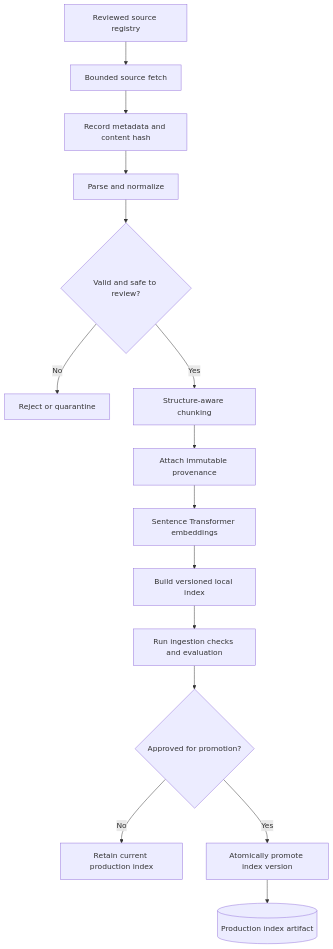
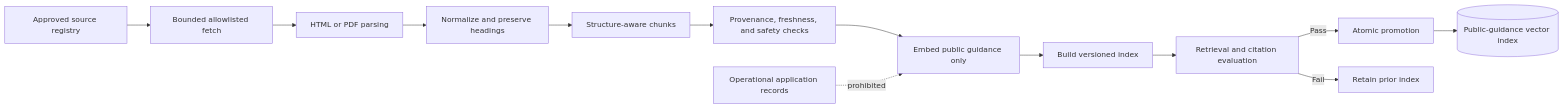
One commit to vaishnaviyadav696/visa-assist-rag changed the sixth of 7 diagrams in docs/whiteboard.md. Above: the diagram before and after it, drawn with Mermaid. The commit also changed other lines of this file and 15 other files, not shown here.

Commit message:
docs: redesign Visa Assist for post-application hybrid retrieval

````diff
--- a/docs/whiteboard.md
+++ b/docs/whiteboard.md
@@ -73,17 +107,15 @@
 ```mermaid
-flowchart TD
-    Registry[Reviewed source registry] --> Fetch[Bounded source fetch]
-    Fetch --> Metadata[Record metadata and content hash]
-    Metadata --> Parse[Parse and normalize]
-    Parse --> Inspect{Valid and safe to review?}
-    Inspect -- No --> Quarantine[Reject or quarantine]
-    Inspect -- Yes --> Chunk[Structure-aware chunking]
-    Chunk --> Provenance[Attach immutable provenance]
-    Provenance --> Embed[Sentence Transformer embeddings]
-    Embed --> Build[Build versioned local index]
-    Build --> Evaluate[Run ingestion checks and evaluation]
-    Evaluate --> Gate{Approved for promotion?}
-    Gate -- No --> Retain[Retain current production index]
-    Gate -- Yes --> Promote[Atomically promote index version]
-    Promote --> Production[(Production index artifact)]
+flowchart LR
+    Registry[Approved source registry] --> Fetch[Bounded allowlisted fetch]
+    Fetch --> Parse[HTML or PDF parsing]
+    Parse --> Normalize[Normalize and preserve headings]
+    Normalize --> Chunk[Structure-aware chunks]
+    Chunk --> Review[Provenance, freshness, and safety checks]
+    Review --> Embed[Embed public guidance only]
+    Embed --> Build[Build versioned index]
+    Build --> Evaluate[Retrieval and citation evaluation]
+    Evaluate -->|Pass| Promote[Atomic promotion]
+    Evaluate -->|Fail| Reject[Retain prior index]
+    Promote --> Index[(Public-guidance vector index)]
+    Private[Operational application records] -. prohibited .-> Embed
 ```
````
